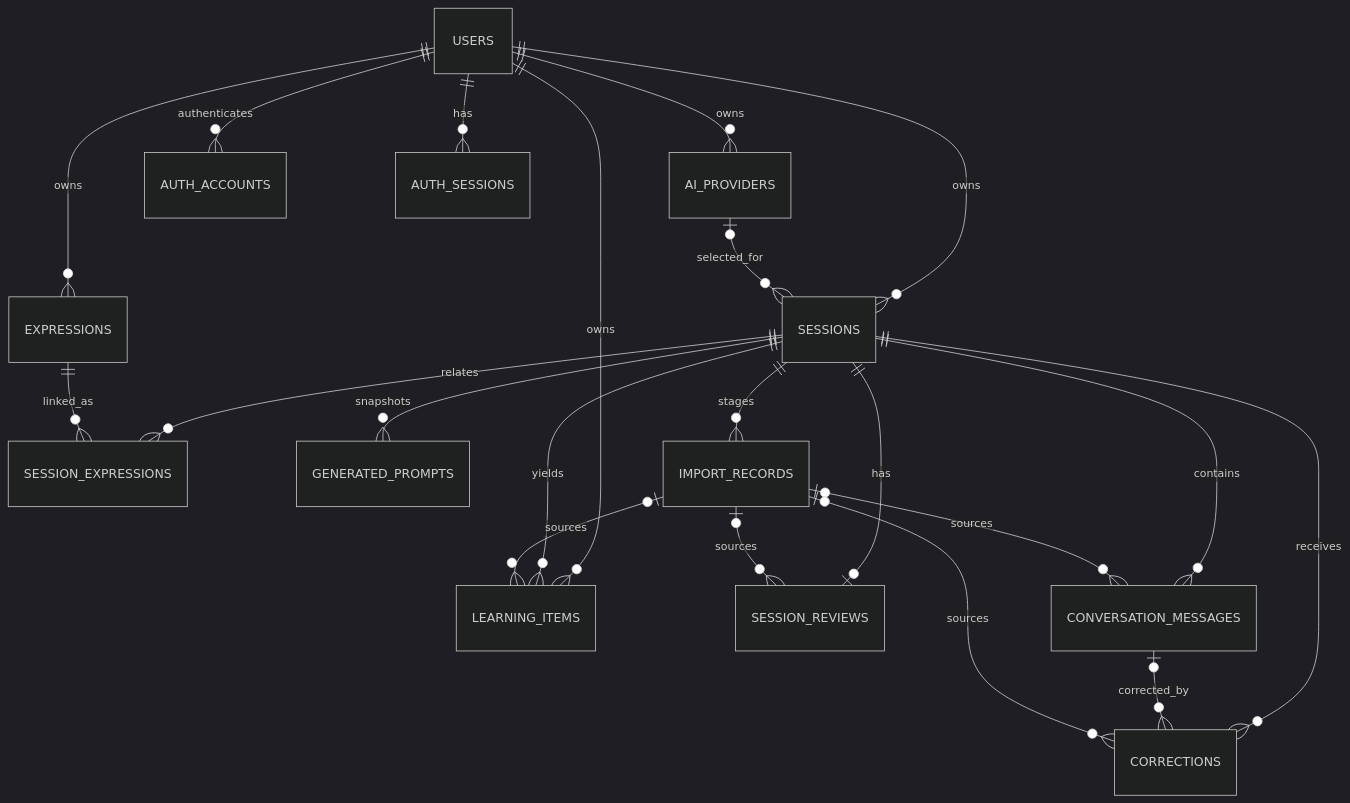
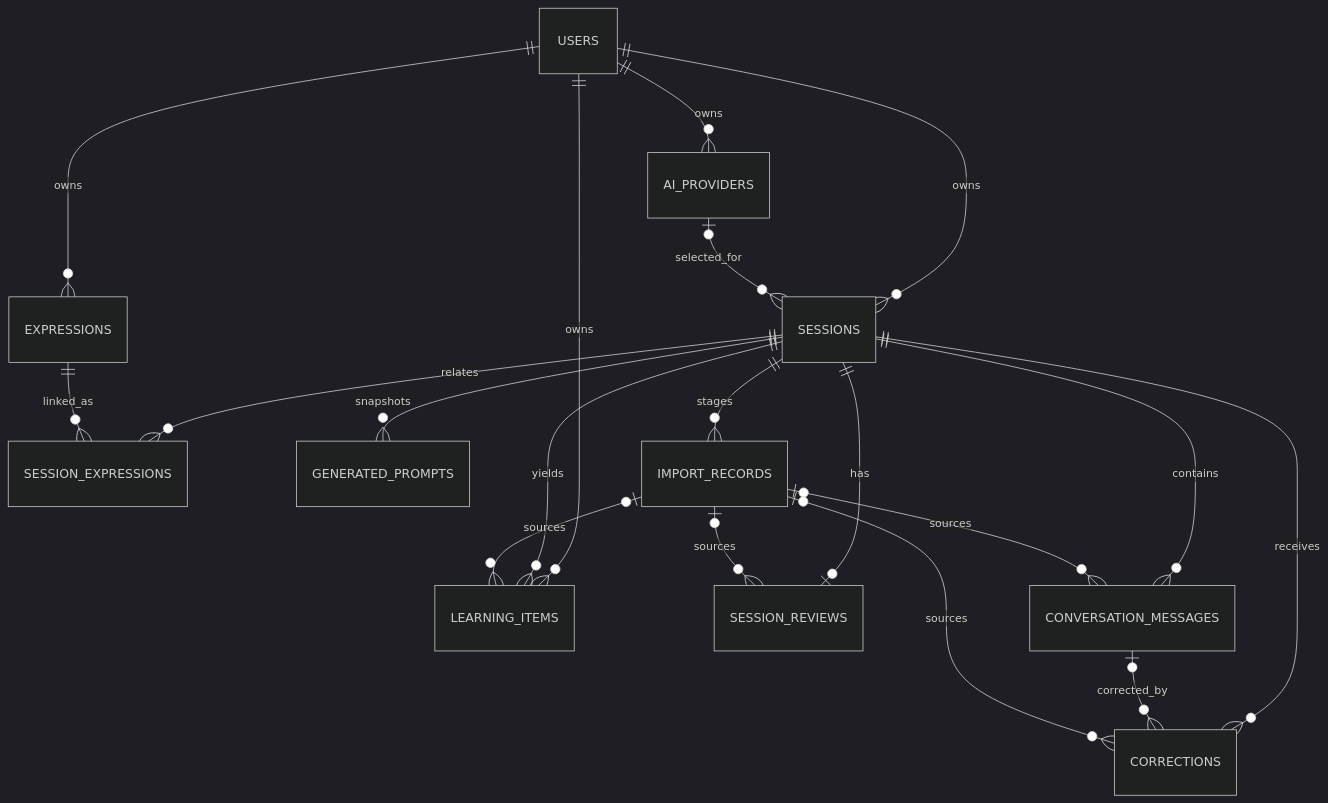
One commit to kanato-tk51/talk-craft changed the second of 3 diagrams in docs/product-design.md. Above: the diagram before and after it, drawn with Mermaid (dark theme). The commit also changed other lines of this file and 3 other files, not shown here.

````diff
--- a/docs/product-design.md
+++ b/docs/product-design.md
@@ -151,23 +150,21 @@
 ```mermaid
 erDiagram
   USERS ||--o{ AI_PROVIDERS : owns
   USERS ||--o{ SESSIONS : owns
   USERS ||--o{ EXPRESSIONS : owns
   USERS ||--o{ LEARNING_ITEMS : owns
-  USERS ||--o{ AUTH_ACCOUNTS : authenticates
-  USERS ||--o{ AUTH_SESSIONS : has
   AI_PROVIDERS o|--o{ SESSIONS : selected_for
   SESSIONS ||--o{ SESSION_EXPRESSIONS : relates
   EXPRESSIONS ||--o{ SESSION_EXPRESSIONS : linked_as
   SESSIONS ||--o{ GENERATED_PROMPTS : snapshots
   SESSIONS ||--o{ IMPORT_RECORDS : stages
   SESSIONS ||--o| SESSION_REVIEWS : has
   SESSIONS ||--o{ CONVERSATION_MESSAGES : contains
   SESSIONS ||--o{ CORRECTIONS : receives
   CONVERSATION_MESSAGES o|--o{ CORRECTIONS : corrected_by
   SESSIONS ||--o{ LEARNING_ITEMS : yields
   IMPORT_RECORDS o|--o{ SESSION_REVIEWS : sources
   IMPORT_RECORDS o|--o{ CONVERSATION_MESSAGES : sources
   IMPORT_RECORDS o|--o{ CORRECTIONS : sources
   IMPORT_RECORDS o|--o{ LEARNING_ITEMS : sources
 ```
````
